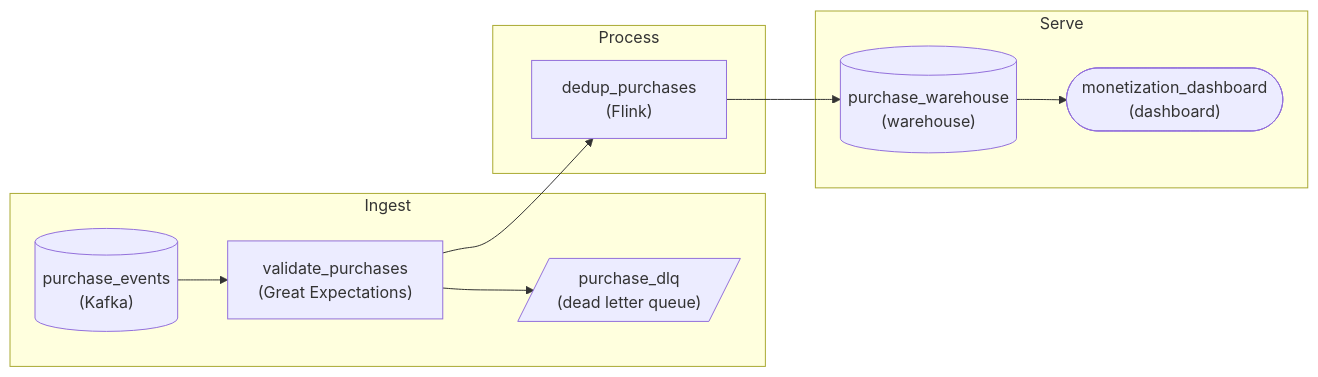
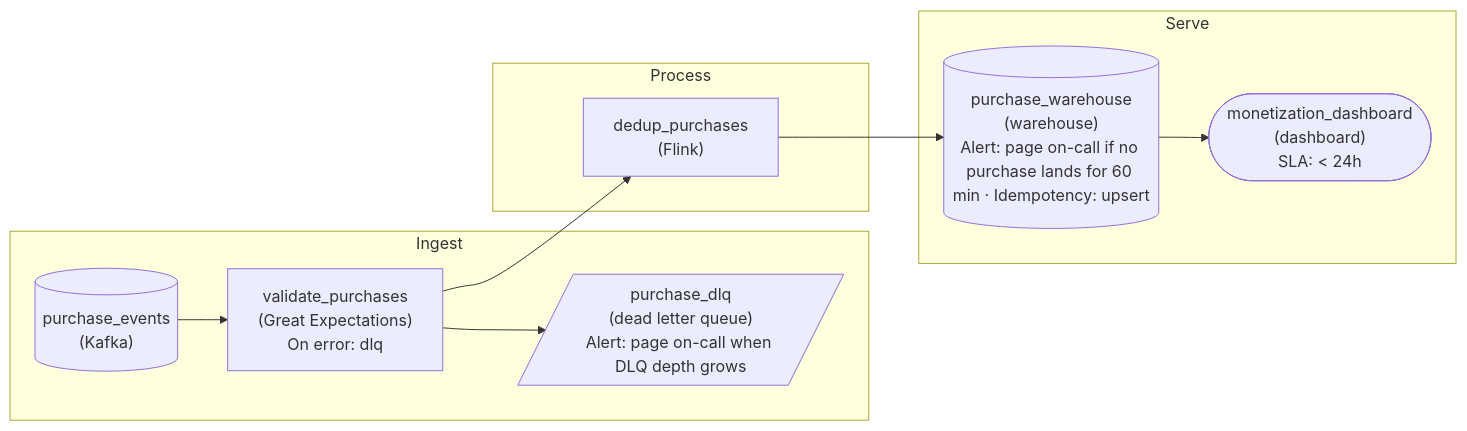
The second of 2 diagrams in lesson_preview/interview/architecture/pa_pattern_make_it_reliable_intermediate.md (Dulain-Willis/study-helper), drawn with Mermaid before and after one commit. The commit also changed other lines of this file and 26 other files, not shown here.

First line of the commit message:
Mermaid diagrams: show tags and extra values inside each node (#43)

````diff
--- a/lesson_preview/interview/architecture/pa_pattern_make_it_reliable_intermediate.md
+++ b/lesson_preview/interview/architecture/pa_pattern_make_it_reliable_intermediate.md
@@ -703,20 +703,20 @@
 ```mermaid
 flowchart LR
     subgraph L0["Ingest"]
         n0[("purchase_events<br/>(Kafka)")]
-        n1["validate_purchases<br/>(Great Expectations)"]
-        n2[/"purchase_dlq<br/>(dead letter queue)"/]
+        n1["validate_purchases<br/>(Great Expectations)<br/>On error: dlq"]
+        n2[/"purchase_dlq<br/>(dead letter queue)<br/>Alert: page on-call when DLQ depth grows"/]
     end
     subgraph L1["Process"]
         n3["dedup_purchases<br/>(Flink)"]
     end
     subgraph L2["Serve"]
-        n4[("purchase_warehouse<br/>(warehouse)")]
-        n5(["monetization_dashboard<br/>(dashboard)"])
+        n4[("purchase_warehouse<br/>(warehouse)<br/>Alert: page on-call if no purchase lands for 60 min · Idempotency: upsert")]
+        n5(["monetization_dashboard<br/>(dashboard)<br/>SLA: #60; 24h"])
     end
     n0 --> n1
     n1 --> n2
     n1 --> n3
     n3 --> n4
     n4 --> n5
 ```
````
